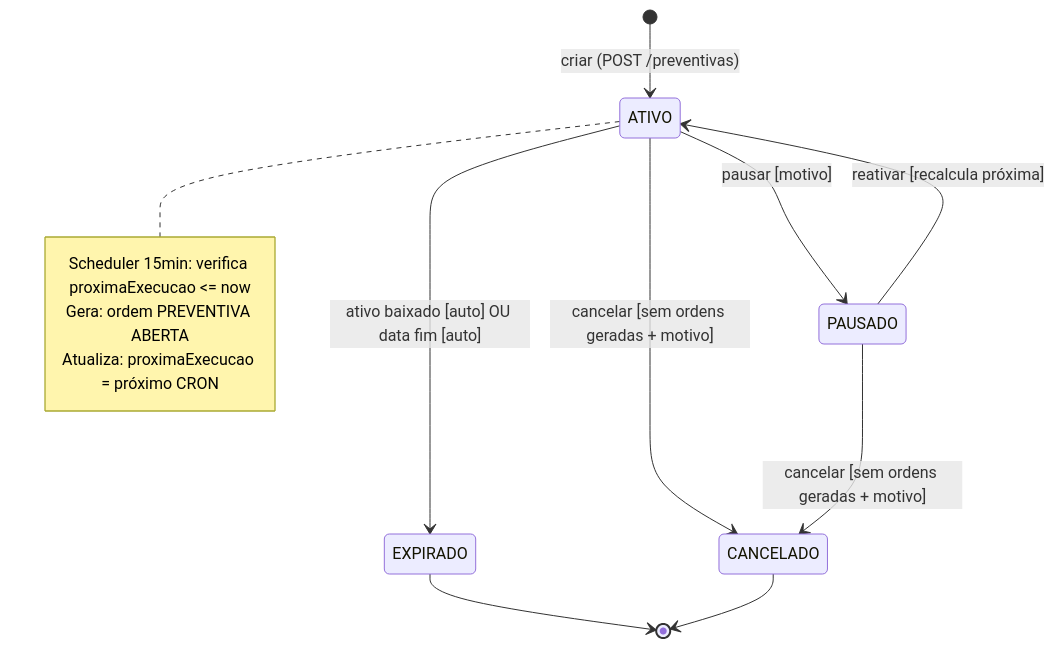
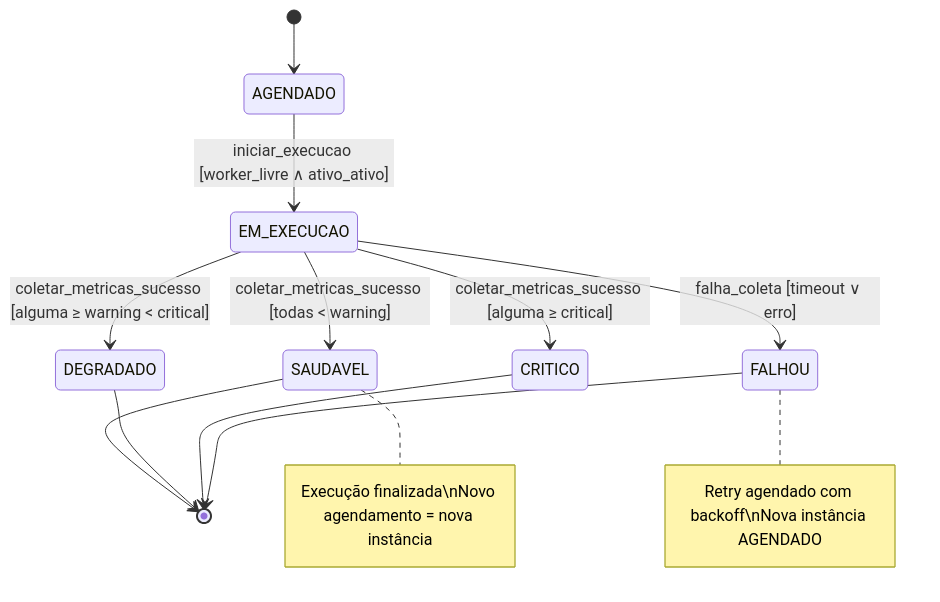
Before and after one commit to diogo-rp-menezes/aegispatrimonio: the third of 5 diagrams in docs/03-architecture/state-machines.md, drawn with Mermaid. The commit also changed other lines of this file and 78 other files, not shown here.

````diff
--- a/docs/03-architecture/state-machines.md
+++ b/docs/03-architecture/state-machines.md
@@ -158,20 +182,16 @@
 ```mermaid
 stateDiagram-v2
-    [*] --> ATIVO: criar (POST /preventivas)
+    [*] --> AGENDADO
+    AGENDADO --> EM_EXECUCAO: iniciar_execucao [worker_livre ∧ ativo_ativo]
+    EM_EXECUCAO --> SAUDAVEL: coletar_metricas_sucesso [todas < warning]
+    EM_EXECUCAO --> DEGRADADO: coletar_metricas_sucesso [alguma ≥ warning < critical]
+    EM_EXECUCAO --> CRITICO: coletar_metricas_sucesso [alguma ≥ critical]
+    EM_EXECUCAO --> FALHOU: falha_coleta [timeout ∨ erro]
+    SAUDAVEL --> [*]
+    DEGRADADO --> [*]
+    CRITICO --> [*]
+    FALHOU --> [*]
     
-    ATIVO --> PAUSADO: pausar [motivo]
-    PAUSADO --> ATIVO: reativar [recalcula próxima]
-    
-    ATIVO --> EXPIRADO: ativo baixado [auto] OU data fim [auto]
-    ATIVO --> CANCELADO: cancelar [sem ordens geradas + motivo]
-    PAUSADO --> CANCELADO: cancelar [sem ordens geradas + motivo]
-    
-    EXPIRADO --> [*]
-    CANCELADO --> [*]
-    
-    note right of ATIVO
-        Scheduler 15min: verifica proximaExecucao <= now
-        Gera: ordem PREVENTIVA ABERTA
-        Atualiza: proximaExecucao = próximo CRON
-    end note
+    note right of SAUDAVEL: Execução finalizada\nNovo agendamento = nova instância
+    note right of FALHOU: Retry agendado com backoff\nNova instância AGENDADO
 ```
````
